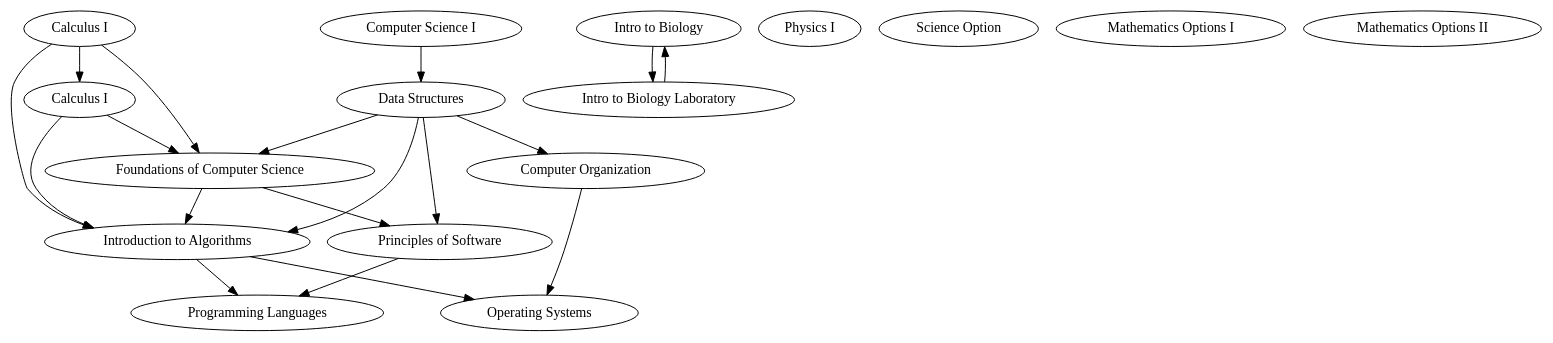
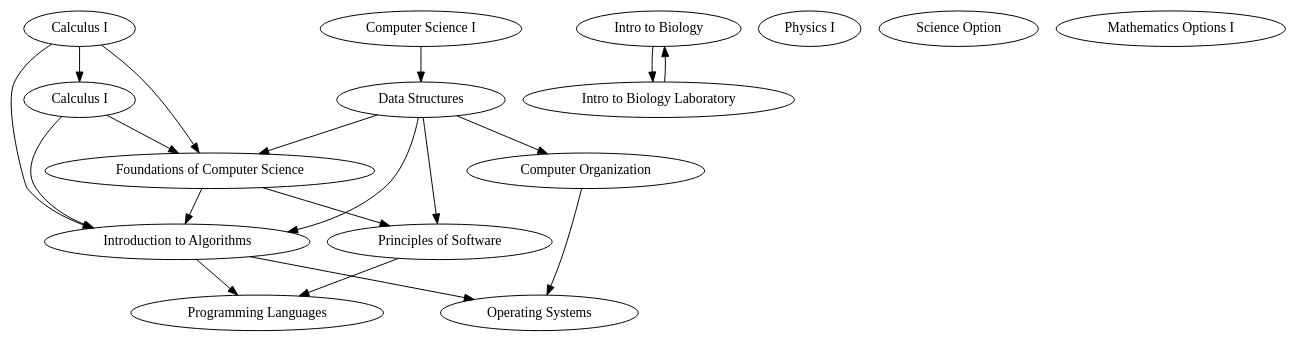
The diagram in doctest-output/Digraph.gv (rlacobelle20/IV-HW3), drawn with Graphviz before and after one commit. The commit also changed 2 other files, not shown here.

```diff
--- a/doctest-output/Digraph.gv
+++ b/doctest-output/Digraph.gv
@@ -1,37 +1,36 @@
 // CSCI 2024 Template
 digraph {
 	"CSCI 1100" [label="Computer Science I"]
 	"CSCI 1200" [label="Data Structures"]
 	"CSCI 2200" [label="Foundations of Computer Science"]
 	"CSCI 2500" [label="Computer Organization"]
 	"CSCI 2300" [label="Introduction to Algorithms"]
 	"CSCI 2600" [label="Principles of Software"]
 	"CSCI 4430" [label="Programming Languages"]
 	"CSCI 4210" [label="Operating Systems"]
 	"BIOL 1010" [label="Intro to Biology"]
 	"BIOL 1015" [label="Intro to Biology Laboratory"]
 	"BIOL 1010" -> "BIOL 1015"
 	"PHYS 1100" [label="Physics I"]
-	SCIO [label="Science Option"]
+	SCIOP [label="Science Option"]
 	"MATH 1010" [label="Calculus I"]
 	"MATH 1020" [label="Calculus I"]
 	"MATH 1" [label="Mathematics Options I"]
-	"MATH 2" [label="Mathematics Options II"]
 	"CSCI 1100" -> "CSCI 1200"
 	"CSCI 1200" -> "CSCI 2200"
 	"MATH 1010" -> "CSCI 2200"
 	"MATH 1020" -> "CSCI 2200"
 	"CSCI 1200" -> "CSCI 2500"
 	"CSCI 1200" -> "CSCI 2300"
 	"CSCI 2200" -> "CSCI 2300"
 	"MATH 1010" -> "CSCI 2300"
 	"MATH 1020" -> "CSCI 2300"
 	"CSCI 1200" -> "CSCI 2600"
 	"CSCI 2200" -> "CSCI 2600"
 	"CSCI 2300" -> "CSCI 4430"
 	"CSCI 2600" -> "CSCI 4430"
 	"CSCI 2300" -> "CSCI 4210"
 	"CSCI 2500" -> "CSCI 4210"
 	"BIOL 1015" -> "BIOL 1010"
 	"MATH 1010" -> "MATH 1020"
 }
```
